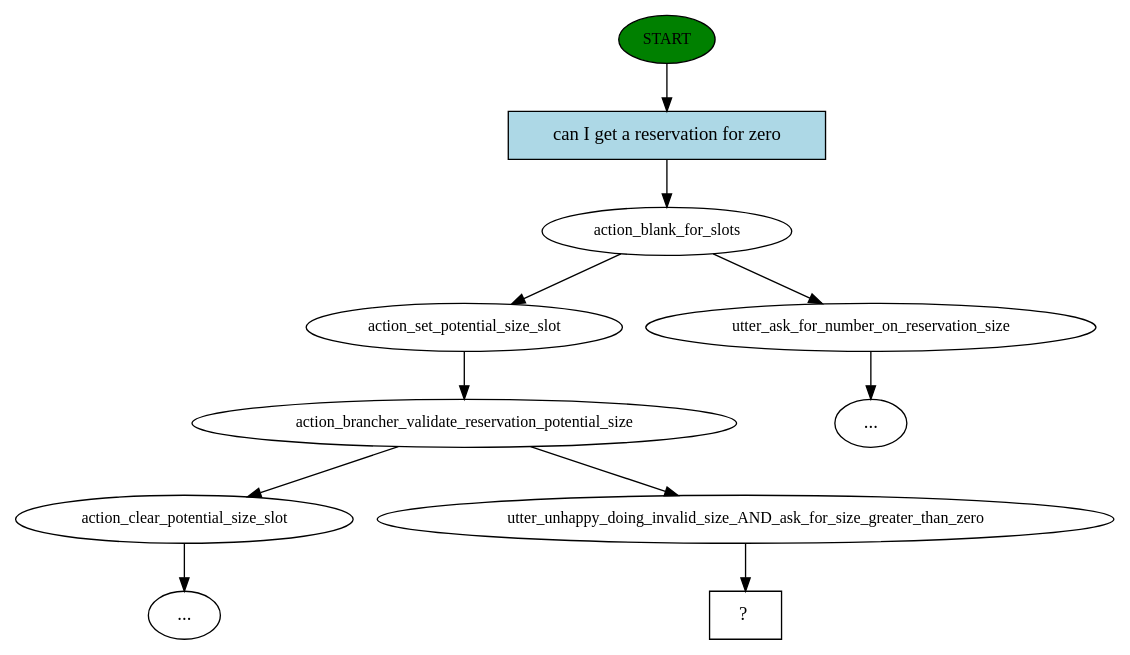
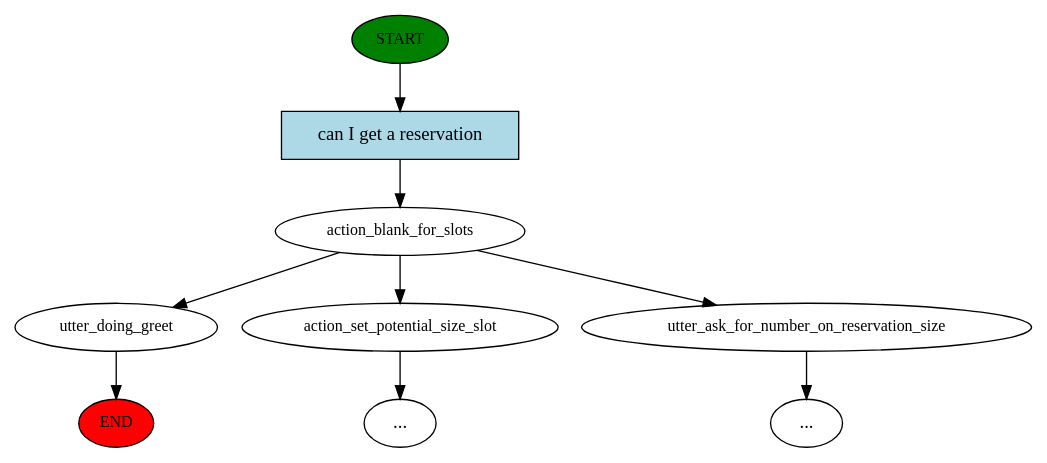
One commit to DylanRedfield/ocaptain changed the diagram in Textual/story_graph.dot. Above: the diagram before and after it, drawn with Graphviz. The commit also changed 23 other files, not shown here.

```diff
--- a/Textual/story_graph.dot
+++ b/Textual/story_graph.dot
@@ -1,23 +1,19 @@
 digraph  {
 0 [label=START, fillcolor=green, style=filled, fontsize=12, class="start active"];
+"-1" [label=END, fillcolor=red, style=filled, fontsize=12, class=end];
 1 [label=action_blank_for_slots, fontsize=12, class=active];
-2 [label=action_set_potential_size_slot, fontsize=12, class=active];
-3 [label=action_brancher_validate_reservation_potential_size, fontsize=12, class=active];
-4 [label=action_clear_potential_size_slot, fontsize=12, class=""];
-"-3" [label="...", class=ellipsis];
+2 [label=utter_doing_greet, fontsize=12, class="active dashed"];
+4 [label=action_set_potential_size_slot, fontsize=12, class=""];
 6 [label=utter_ask_for_number_on_reservation_size, fontsize=12, class=""];
-"-36" [label="...", class=ellipsis];
-74 [label=utter_unhappy_doing_invalid_size_AND_ask_for_size_greater_than_zero, fontsize=12, class=active];
-75 [label="  ?  ", shape=rect, class="intent dashed active"];
-76 [label="can I get a reservation for zero", shape=rect, style=filled, fillcolor=lightblue, class="intent active"];
-0 -> 76  [key=0, class=active];
+"-427" [label="...", class=ellipsis];
+"-428" [label="...", class=ellipsis];
+857 [label="can I get a reservation", shape=rect, style=filled, fillcolor=lightblue, class="intent active"];
+0 -> 857  [key=0, class=active];
 1 -> 2  [key=NONE, label="", class=active];
+1 -> 4  [key=NONE, label="", class=""];
 1 -> 6  [key=NONE, label="", class=""];
-2 -> 3  [key=NONE, label="", class=active];
-3 -> 4  [key=NONE, label="", class=""];
-3 -> 74  [key=NONE, label="", class=active];
-4 -> "-3"  [key=NONE, label="", class=""];
-6 -> "-36"  [key=NONE, label="", class=""];
-74 -> 75  [key=NONE, label="", class=active];
-76 -> 1  [key=0, class=active];
+2 -> "-1"  [key=NONE, label="", class=""];
+4 -> "-427"  [key=NONE, label="", class=""];
+6 -> "-428"  [key=NONE, label="", class=""];
+857 -> 1  [key=0, class=active];
 }
```
